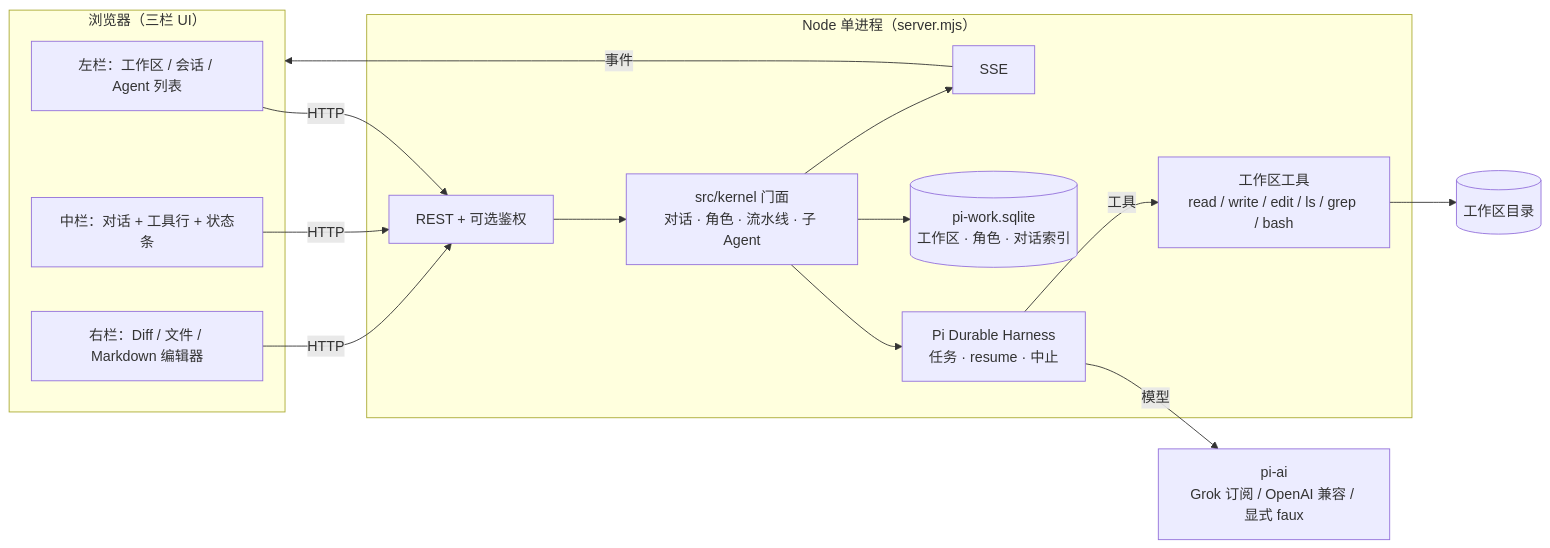
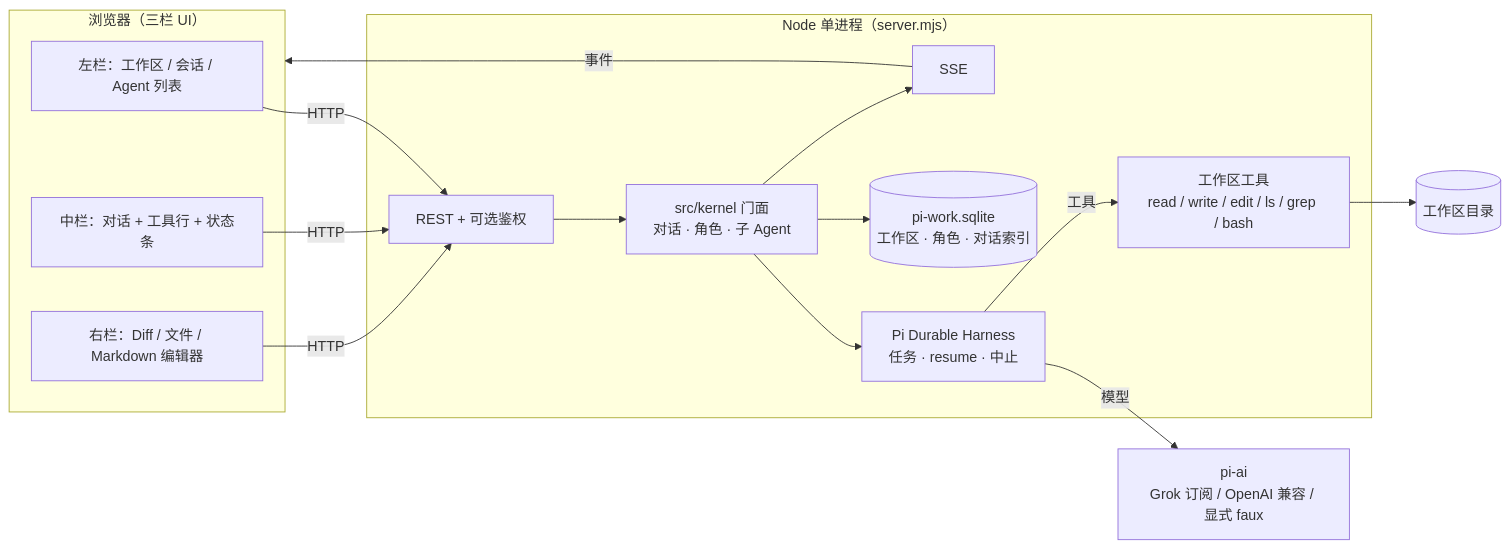
Before and after one commit to lawrencewzen/pi-work: the diagram in docs/ARCHITECTURE.md, drawn with Mermaid. The commit also changed other lines of this file and 19 other files, not shown here.

````diff
--- a/docs/ARCHITECTURE.md
+++ b/docs/ARCHITECTURE.md
@@ -9,30 +9,30 @@
 ```mermaid
 flowchart LR
   subgraph Browser["浏览器（三栏 UI）"]
     L[左栏：工作区 / 会话 / Agent 列表]
     C[中栏：对话 + 工具行 + 状态条]
     R[右栏：Diff / 文件 / Markdown 编辑器]
   end
 
   subgraph Node["Node 单进程（server.mjs）"]
     API[REST + 可选鉴权]
     SSE[SSE]
-    K[src/kernel 门面<br/>对话 · 角色 · 流水线 · 子 Agent]
+    K[src/kernel 门面<br/>对话 · 角色 · 子 Agent]
     H[Pi Durable Harness<br/>任务 · resume · 中止]
     APP[(pi-work.sqlite<br/>工作区 · 角色 · 对话索引)]
     T[工作区工具<br/>read / write / edit / ls / grep / bash]
   end
 
   WS[(工作区目录)]
   LLM[pi-ai<br/>Grok 订阅 / OpenAI 兼容 / 显式 faux]
 
   L & C & R -->|HTTP| API
   SSE -->|事件| Browser
   API --> K
   K --> H
   K --> APP
   H -->|模型| LLM
   H -->|工具| T
   T --> WS
   K --> SSE
 ```
````
